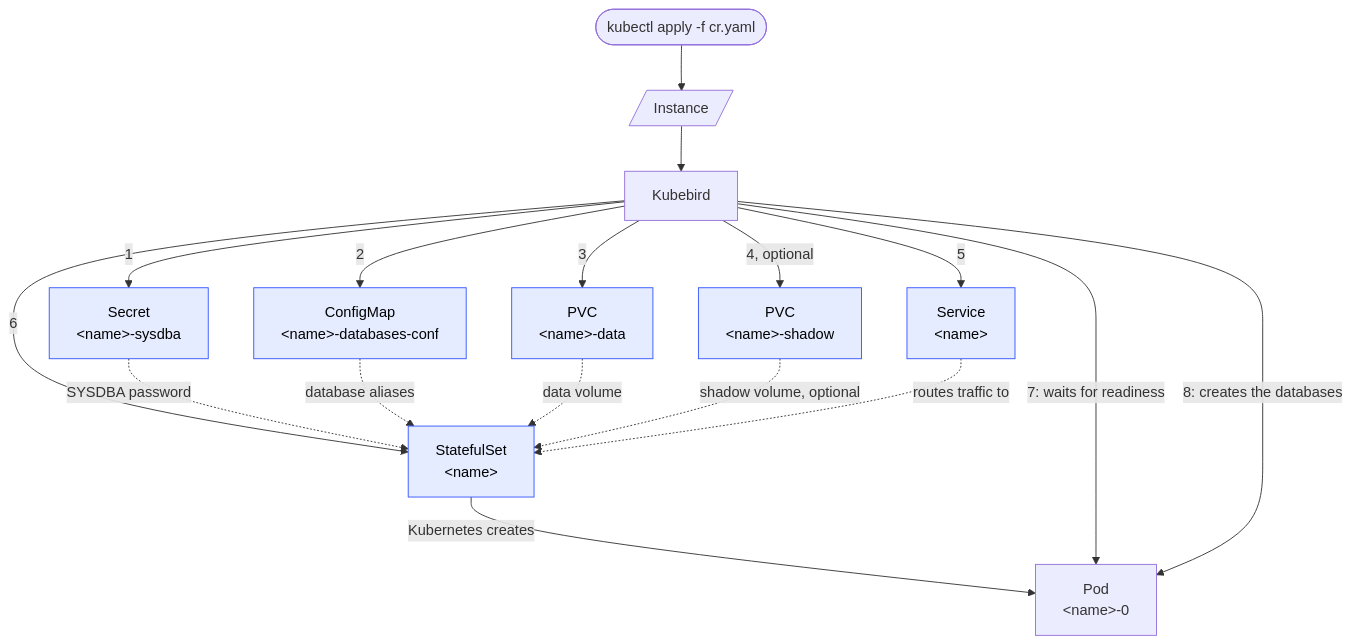
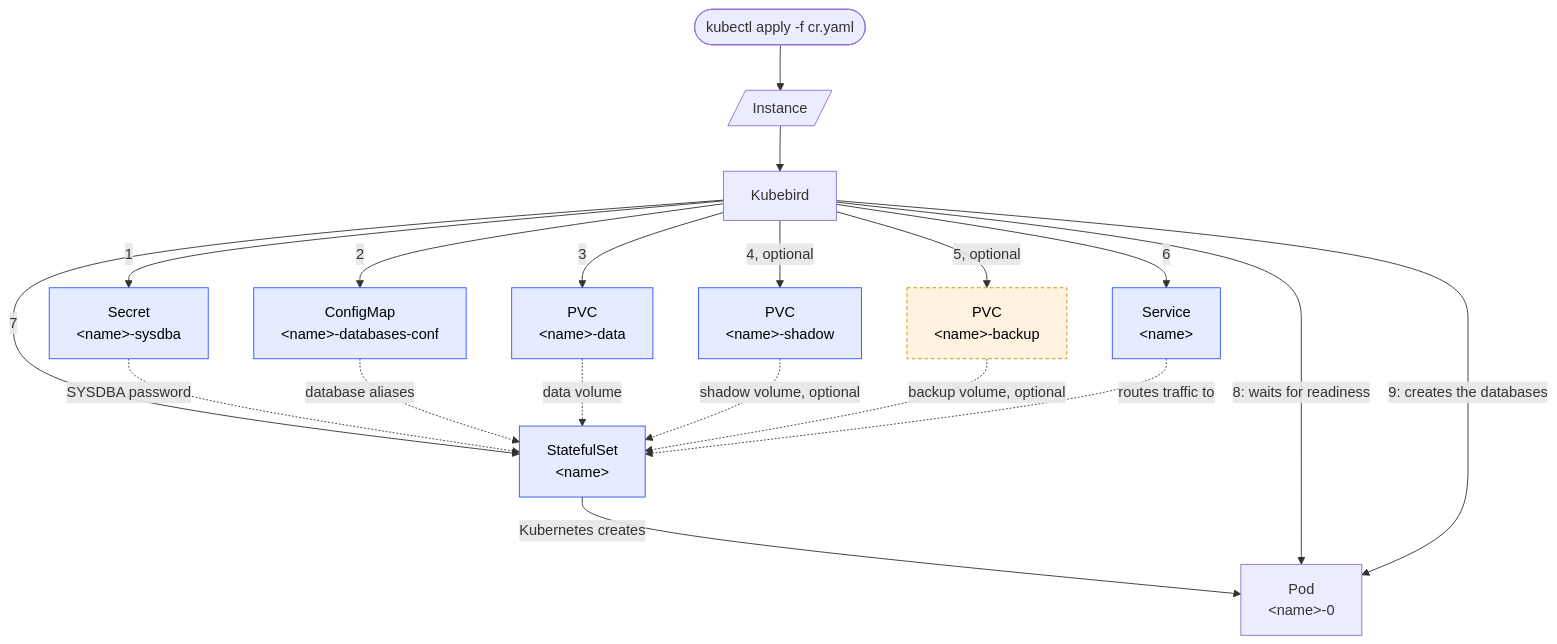
Before and after one commit to henryx/kubebird: the diagram in README.md, drawn with Mermaid. The commit also changed other lines of this file and 8 other files, not shown here.

````diff
--- a/README.md
+++ b/README.md
@@ -60,26 +64,30 @@
 ```mermaid
 flowchart TD
     User(["kubectl apply -f cr.yaml"]) --> CR[/"Instance"/]
     CR --> Kubebird["Kubebird"]
 
     Kubebird -->|"1"| Secret["Secret<br/>&lt;name&gt;-sysdba"]
     Kubebird -->|"2"| CM["ConfigMap<br/>&lt;name&gt;-databases-conf"]
     Kubebird -->|"3"| PVCPrimary["PVC<br/>&lt;name&gt;-data"]
     Kubebird -->|"4, optional"| PVCShadow["PVC<br/>&lt;name&gt;-shadow"]
-    Kubebird -->|"5"| Service["Service<br/>&lt;name&gt;"]
-    Kubebird -->|"6"| STS["StatefulSet<br/>&lt;name&gt;"]
+    Kubebird -->|"5, optional"| PVCBackup["PVC<br/>&lt;name&gt;-backup"]
+    Kubebird -->|"6"| Service["Service<br/>&lt;name&gt;"]
+    Kubebird -->|"7"| STS["StatefulSet<br/>&lt;name&gt;"]
 
     Secret -.->|SYSDBA password| STS
     CM -.->|database aliases| STS
     PVCPrimary -.->|data volume| STS
     PVCShadow -.->|shadow volume, optional| STS
+    PVCBackup -.->|backup volume, optional| STS
     Service -.->|routes traffic to| STS
 
     STS -->|Kubernetes creates| Pod["Pod<br/>&lt;name&gt;-0"]
 
-    Kubebird -->|"7: waits for readiness"| Pod
-    Kubebird -->|"8: creates the databases"| Pod
+    Kubebird -->|"8: waits for readiness"| Pod
+    Kubebird -->|"9: creates the databases"| Pod
 
     classDef owned fill:#e6ecff,stroke:#3355ff,color:#000
+    classDef unowned fill:#fff3e0,stroke:#cc8800,color:#000,stroke-dasharray: 4 3
     class Secret,CM,PVCPrimary,PVCShadow,Service,STS owned
+    class PVCBackup unowned
 ```
````
